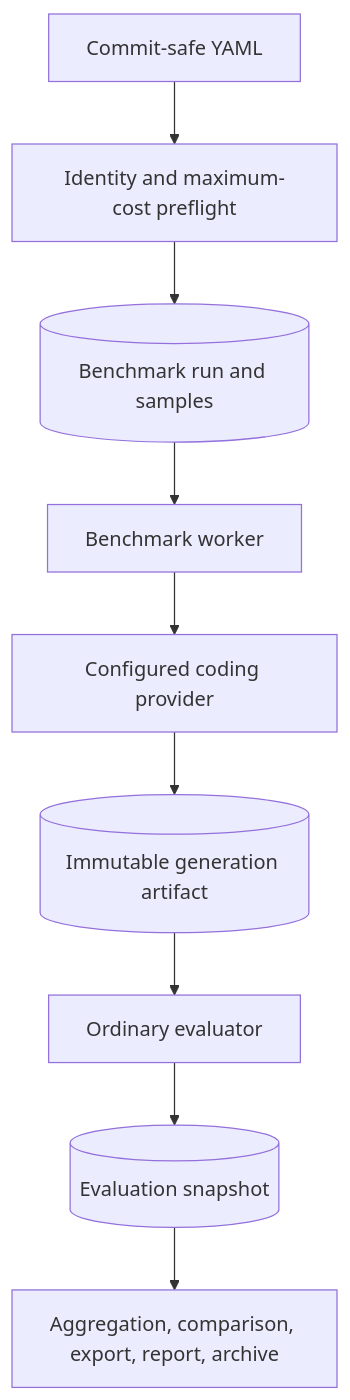
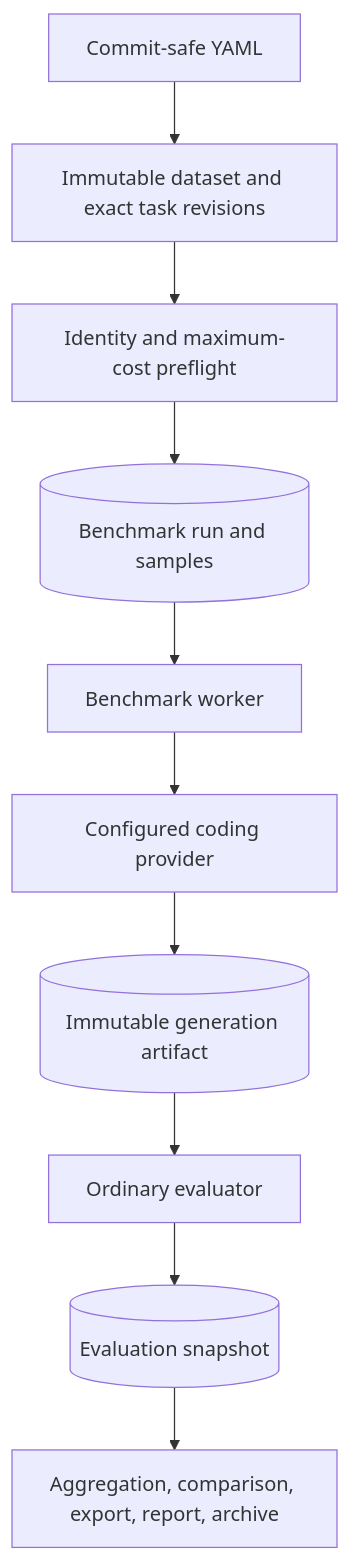
The second of 2 diagrams in docs/architecture.md (yunusemreyazici/codejudge-ai), drawn with Mermaid before and after one commit. The commit also changed other lines of this file and 28 other files, not shown here.

Commit message:
feat(tasks): add immutable task revision resolution

````diff
--- a/docs/architecture.md
+++ b/docs/architecture.md
@@ -71,11 +71,12 @@
 ```mermaid
 flowchart TD
-    YAML[Commit-safe YAML] --> PREFLIGHT[Identity and maximum-cost preflight]
+    YAML[Commit-safe YAML] --> DATASET[Immutable dataset and exact task revisions]
+    DATASET --> PREFLIGHT[Identity and maximum-cost preflight]
     PREFLIGHT --> QUEUE[(Benchmark run and samples)]
     QUEUE --> BW[Benchmark worker]
     BW --> PROVIDER[Configured coding provider]
     PROVIDER --> ART[(Immutable generation artifact)]
     ART --> EVAL[Ordinary evaluator]
     EVAL --> RESULT[(Evaluation snapshot)]
     RESULT --> PRODUCT[Aggregation, comparison, export, report, archive]
 ```
````
